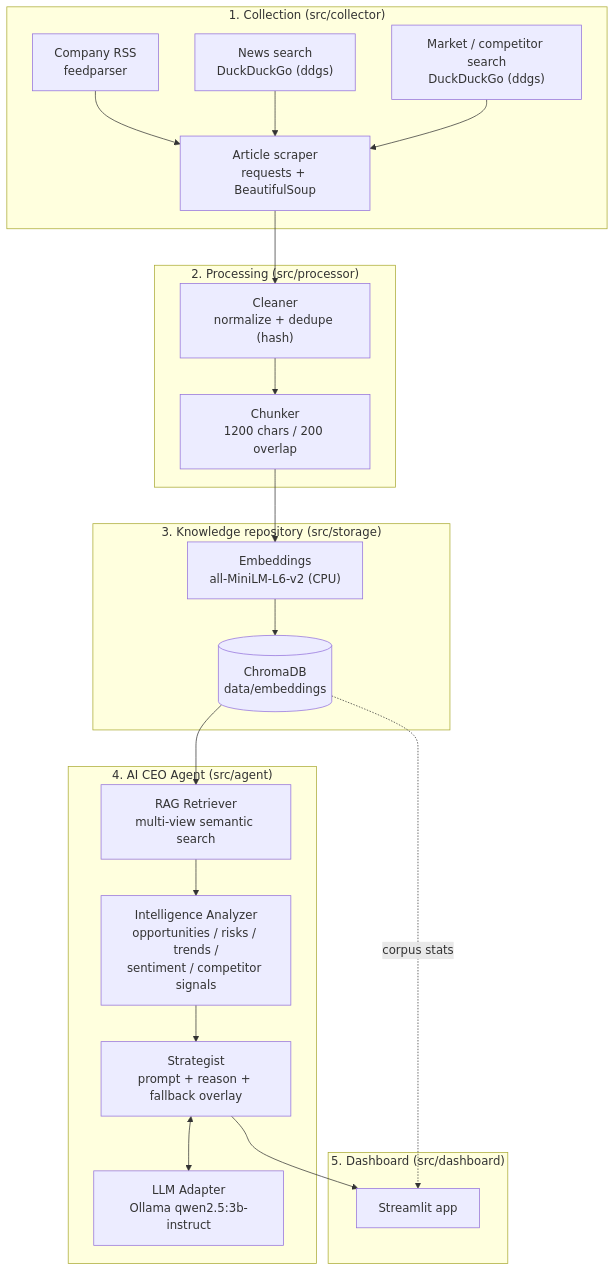
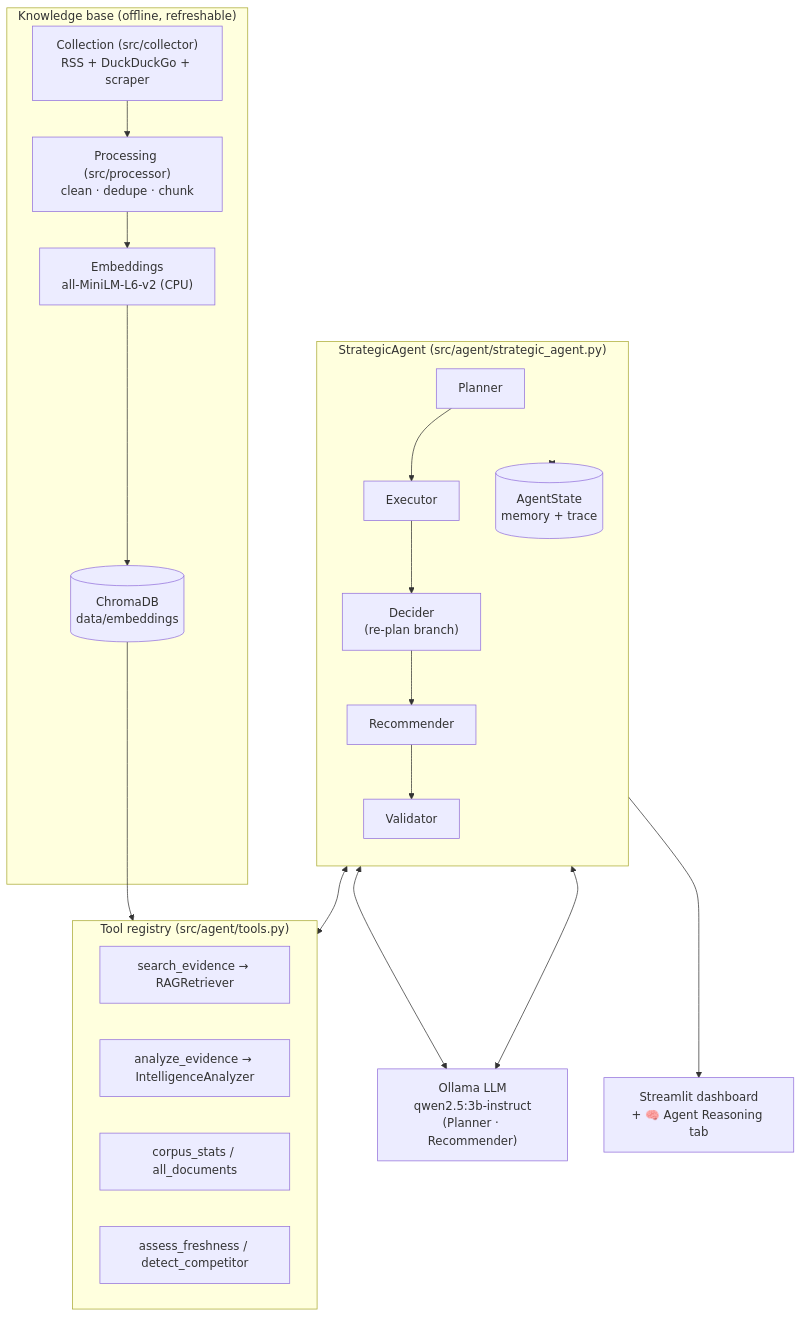
One commit to rahuldevagiri/sap-ceo-agent changed the second of 3 diagrams in README.md. Above: the diagram before and after it, drawn with Mermaid. The commit also changed other lines of this file and 16 other files, not shown here.

````diff
--- a/README.md
+++ b/README.md
@@ -49,43 +112,36 @@
 ```mermaid
 flowchart TB
-    subgraph Collection["1. Collection (src/collector)"]
-        RSS["Company RSS<br/>feedparser"]
-        NEWS["News search<br/>DuckDuckGo (ddgs)"]
-        MKT["Market / competitor search<br/>DuckDuckGo (ddgs)"]
-        SCRAPE["Article scraper<br/>requests + BeautifulSoup"]
-        RSS --> SCRAPE
-        NEWS --> SCRAPE
-        MKT --> SCRAPE
+    subgraph KB["Knowledge base (offline, refreshable)"]
+        COL["Collection (src/collector)<br/>RSS + DuckDuckGo + scraper"]
+        PROC["Processing (src/processor)<br/>clean · dedupe · chunk"]
+        EMB["Embeddings<br/>all-MiniLM-L6-v2 (CPU)"]
+        CHROMA[("ChromaDB<br/>data/embeddings")]
+        COL --> PROC --> EMB --> CHROMA
     end
 
-    subgraph Processing["2. Processing (src/processor)"]
-        CLEAN["Cleaner<br/>normalize + dedupe (hash)"]
-        CHUNK["Chunker<br/>1200 chars / 200 overlap"]
-        CLEAN --> CHUNK
+    subgraph AGENT["StrategicAgent (src/agent/strategic_agent.py)"]
+        direction TB
+        PLAN["Planner"] --> EXEC["Executor"]
+        EXEC --> DEC["Decider<br/>(re-plan branch)"]
+        DEC --> REC["Recommender"]
+        REC --> VAL["Validator"]
+        STATE[("AgentState<br/>memory + trace")]
     end
 
-    subgraph Storage["3. Knowledge repository (src/storage)"]
-        EMB["Embeddings<br/>all-MiniLM-L6-v2 (CPU)"]
-        CHROMA[("ChromaDB<br/>data/embeddings")]
-        EMB --> CHROMA
+    subgraph TOOLS["Tool registry (src/agent/tools.py)"]
+        T1["search_evidence → RAGRetriever"]
+        T2["analyze_evidence → IntelligenceAnalyzer"]
+        T3["corpus_stats / all_documents"]
+        T4["assess_freshness / detect_competitor"]
     end
 
-    subgraph Agent["4. AI CEO Agent (src/agent)"]
-        RET["RAG Retriever<br/>multi-view semantic search"]
-        ANALYZE["Intelligence Analyzer<br/>opportunities / risks / trends /<br/>sentiment / competitor signals"]
-        LLM["LLM Adapter<br/>Ollama qwen2.5:3b-instruct"]
-        STRAT["Strategist<br/>prompt + reason + fallback overlay"]
-        RET --> ANALYZE --> STRAT
-        STRAT <--> LLM
-    end
+    LLM["Ollama LLM<br/>qwen2.5:3b-instruct<br/>(Planner · Recommender)"]
+    DASH["Streamlit dashboard<br/>+ 🧠 Agent Reasoning tab"]
 
-    subgraph UI["5. Dashboard (src/dashboard)"]
-        DASH["Streamlit app"]
-    end
-
-    SCRAPE --> CLEAN
-    CHUNK --> EMB
-    CHROMA --> RET
-    STRAT --> DASH
-    CHROMA -. corpus stats .-> DASH
+    CHROMA --> TOOLS
+    EXEC <--> TOOLS
+    PLAN <--> LLM
+    REC <--> LLM
+    AGENT <--> STATE
+    AGENT --> DASH
 ```
````
